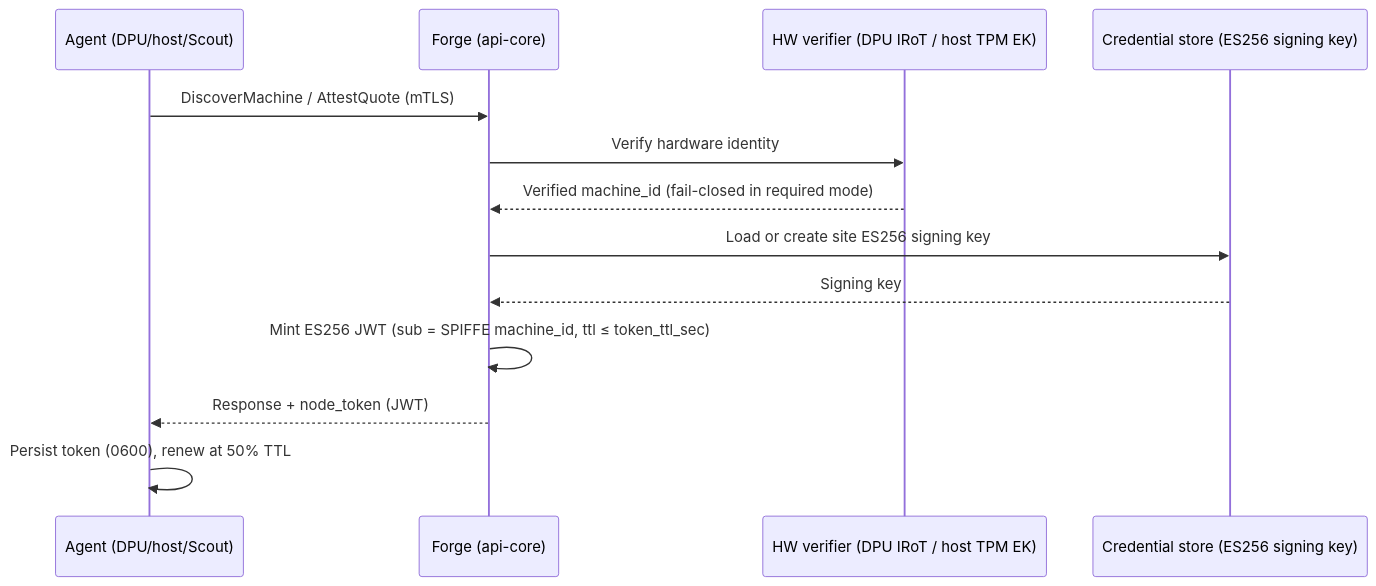
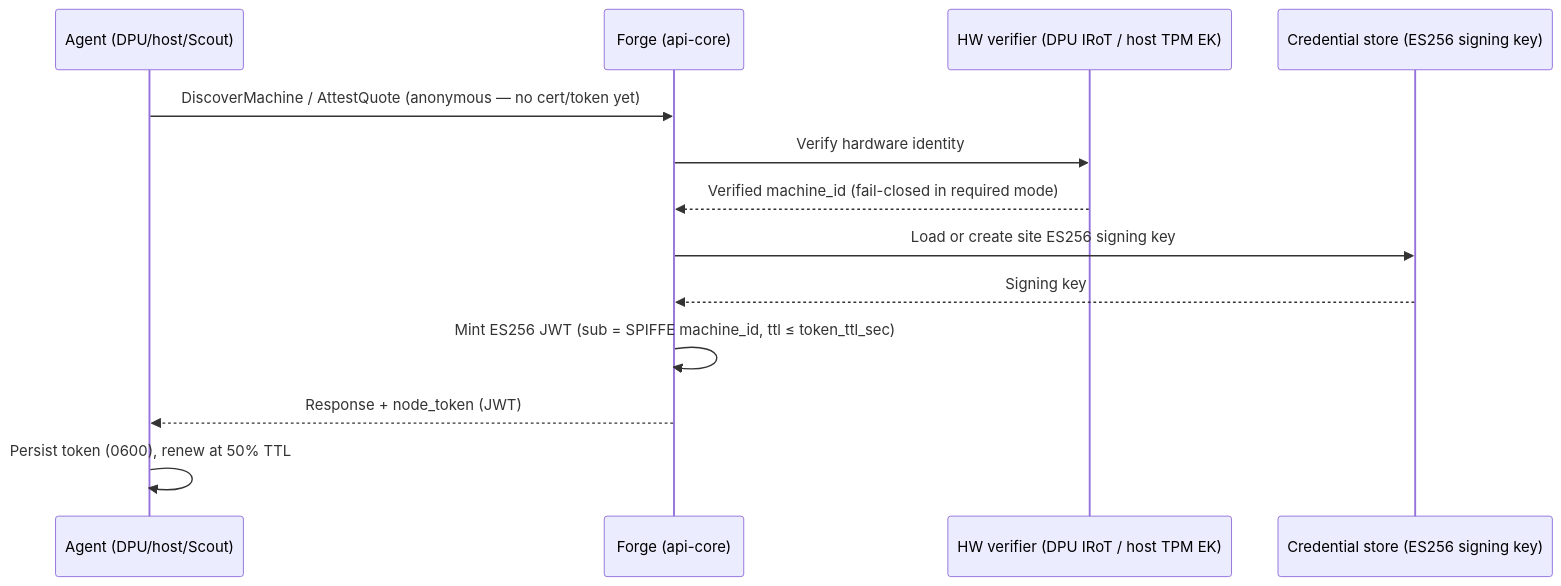
One commit to NVIDIA/bare-metal-manager-core changed the first of 2 diagrams in docs/design/eliminate-vault-dependency-design.md. Above: the diagram before and after it, drawn with Mermaid. The commit also changed other lines of this file, not shown here.

````diff
--- a/docs/design/eliminate-vault-dependency-design.md
+++ b/docs/design/eliminate-vault-dependency-design.md
@@ -208,15 +225,15 @@
 ```mermaid
 sequenceDiagram
     participant A as Agent (DPU/host/Scout)
     participant F as Forge (api-core)
     participant HW as HW verifier (DPU IRoT / host TPM EK)
     participant CS as Credential store (ES256 signing key)
-    A->>F: DiscoverMachine / AttestQuote (mTLS)
+    A->>F: DiscoverMachine / AttestQuote (anonymous — no cert/token yet)
     F->>HW: Verify hardware identity
     HW-->>F: Verified machine_id (fail-closed in required mode)
     F->>CS: Load or create site ES256 signing key
     CS-->>F: Signing key
     F->>F: Mint ES256 JWT (sub = SPIFFE machine_id, ttl ≤ token_ttl_sec)
     F-->>A: Response + node_token (JWT)
     A->>A: Persist token (0600), renew at 50% TTL
 ```
````
